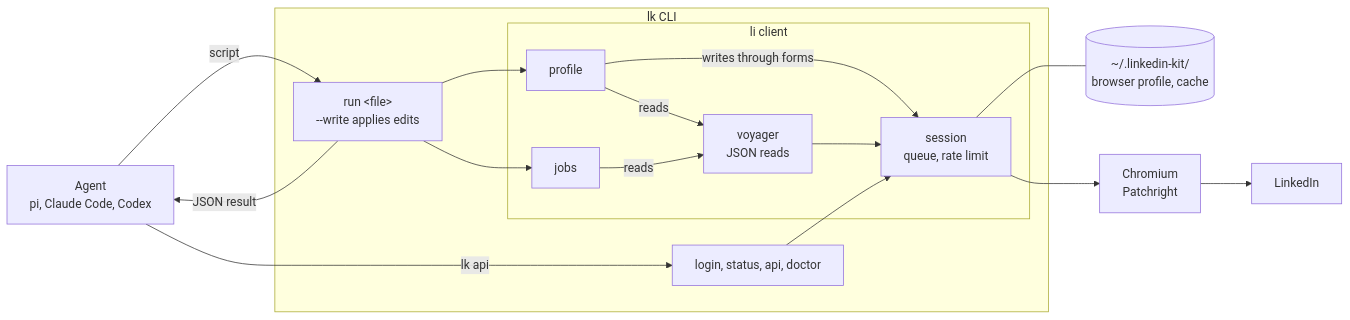
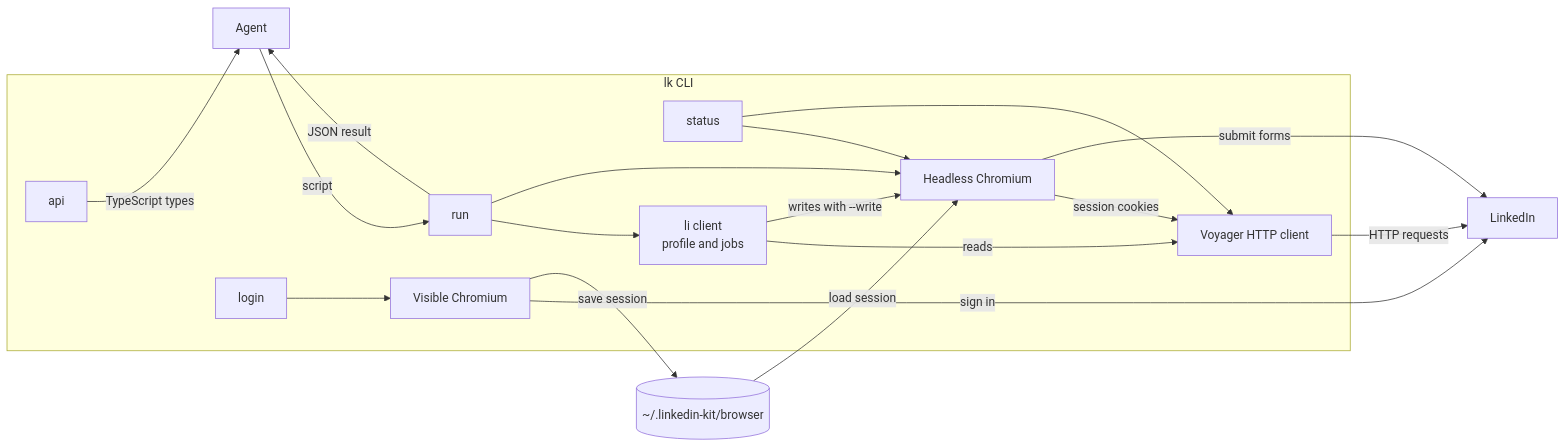
One commit to pau-aran/linkedin-kit changed the diagram in README.md. Above: the diagram before and after it, drawn with Mermaid. The commit also changed other lines of this file and 1 other file, not shown here.

Commit message:
Update README to match the CLI (#5)
* Update README to match the CLI

* Cut repetition from the README

* Add MIT license

````diff
--- a/README.md
+++ b/README.md
@@ -57,34 +52,33 @@
 ```mermaid
 flowchart LR
-  agent["Agent<br/>pi, Claude Code, Codex"]
-
+  agent["Agent"]
   subgraph lk["lk CLI"]
-    cmds["login, status, api, doctor"]
-    run["run &lt;file&gt;<br/>--write applies edits"]
-
-    subgraph li["li client"]
-      profile["profile"]
-      jobs["jobs"]
-      voyager["voyager<br/>JSON reads"]
-      session["session<br/>queue, rate limit"]
-    end
+    login["login"]
+    status["status"]
+    api["api"]
+    run["run"]
+    li["li client<br/>profile and jobs"]
+    voyager["Voyager HTTP client"]
+    visible["Visible Chromium"]
+    headless["Headless Chromium"]
   end
-
-  state[("~/.linkedin-kit/<br/>browser profile, cache")]
-  browser["Chromium<br/>Patchright"]
+  state[("~/.linkedin-kit/browser")]
   linkedin["LinkedIn"]
 
+  api -- "TypeScript types" --> agent
   agent -- "script" --> run
   run -- "JSON result" --> agent
-  agent -- "lk api" --> cmds
-  run --> profile
-  run --> jobs
-  profile -- "reads" --> voyager
-  jobs -- "reads" --> voyager
-  profile -- "writes through forms" --> session
-  voyager --> session
-  cmds --> session
-  session --> browser
-  session --- state
-  browser --> linkedin
+  run --> li
+  login --> visible
+  visible -- "sign in" --> linkedin
+  visible -- "save session" --> state
+  state -- "load session" --> headless
+  status --> headless
+  run --> headless
+  status --> voyager
+  li -- "reads" --> voyager
+  headless -- "session cookies" --> voyager
+  voyager -- "HTTP requests" --> linkedin
+  li -- "writes with --write" --> headless
+  headless -- "submit forms" --> linkedin
 ```
````
